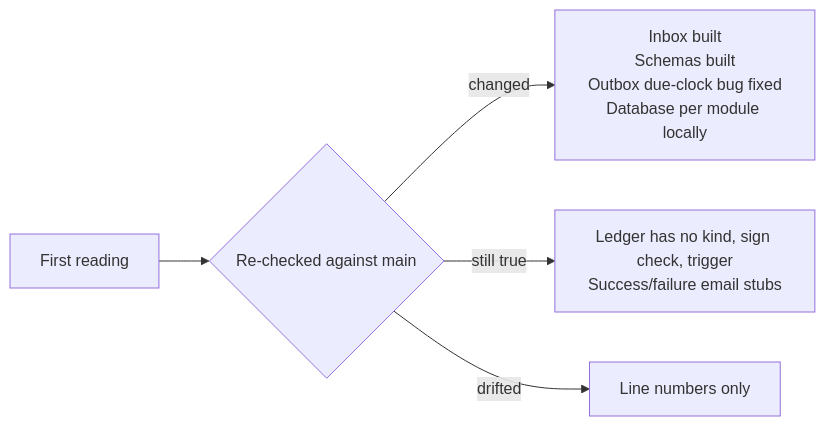
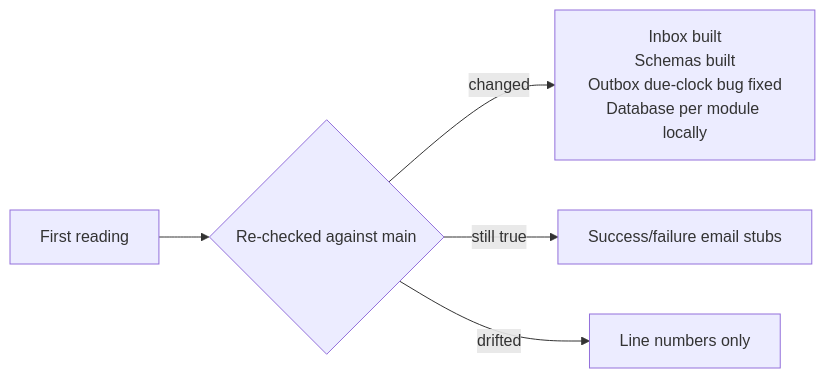
Before and after one commit to maysamgamini/crowdfundinghub: the fourth of 4 diagrams in educational/03-engineering-spec-and-roadmap/design-to-code-mapping-round1.md, drawn with Mermaid. The commit also changed other lines of this file and 27 other files, not shown here.

````diff
--- a/educational/03-engineering-spec-and-roadmap/design-to-code-mapping-round1.md
+++ b/educational/03-engineering-spec-and-roadmap/design-to-code-mapping-round1.md
@@ -172,7 +174,7 @@
 ```mermaid
 flowchart LR
     A["First reading"] --> B{"Re-checked against main"}
     B -->|changed| C["Inbox built<br/>Schemas built<br/>Outbox due-clock bug fixed<br/>Database per module locally"]
-    B -->|still true| D["Ledger has no kind, sign check, trigger<br/>Success/failure email stubs"]
+    B -->|still true| D["Success/failure email stubs"]
     B -->|drifted| E["Line numbers only"]
 ```
````
